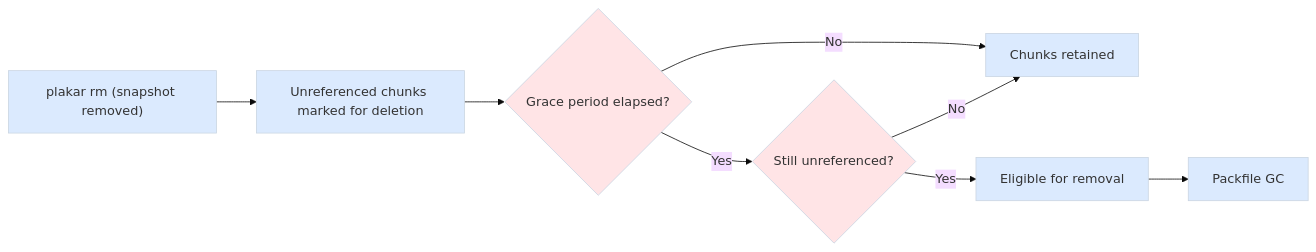
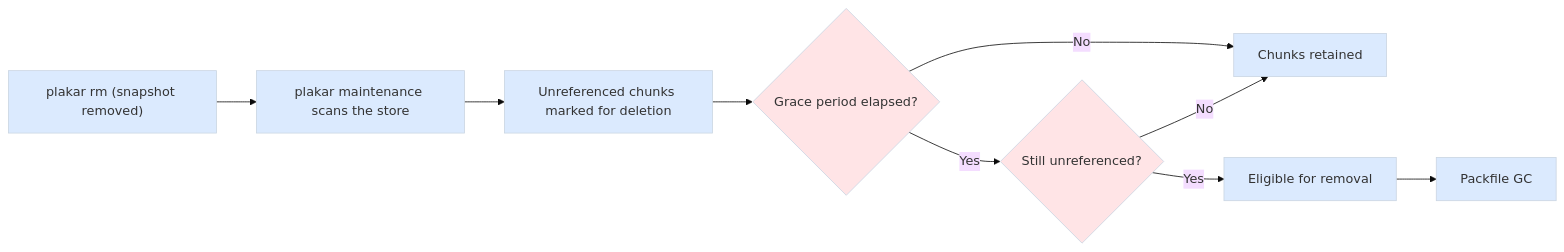
One commit to PlakarKorp/plakar.io changed the second of 2 diagrams in content/docs/main/explanations/how-maintenance-works/_index.md. Above: the diagram before and after it, drawn with Mermaid (base theme). The commit also changed other lines of this file and 3 other files, not shown here.

```diff
--- a/content/docs/main/explanations/how-maintenance-works/_index.md
+++ b/content/docs/main/explanations/how-maintenance-works/_index.md
@@ -74,14 +76,15 @@
 {{< mermaid >}}
 flowchart LR
-  A["plakar rm (snapshot removed)"] --> B["Unreferenced chunks marked for deletion"]
+  A["plakar rm (snapshot removed)"] --> M["plakar maintenance scans the store"]
+  M --> B["Unreferenced chunks marked for deletion"]
   B --> C{"Grace period elapsed?"}
   C -- No --> D["Chunks retained"]
   C -- Yes --> E{"Still unreferenced?"}
   E -- No --> D
   E -- Yes --> F["Eligible for removal"]
   F --> G["Packfile GC"]
 
 classDef default fill:#dbeafe,stroke:#cad5e2
 classDef decision fill:#ffe4e6,stroke:#cad5e2
 class C,E decision
 {{< /mermaid >}}
```
